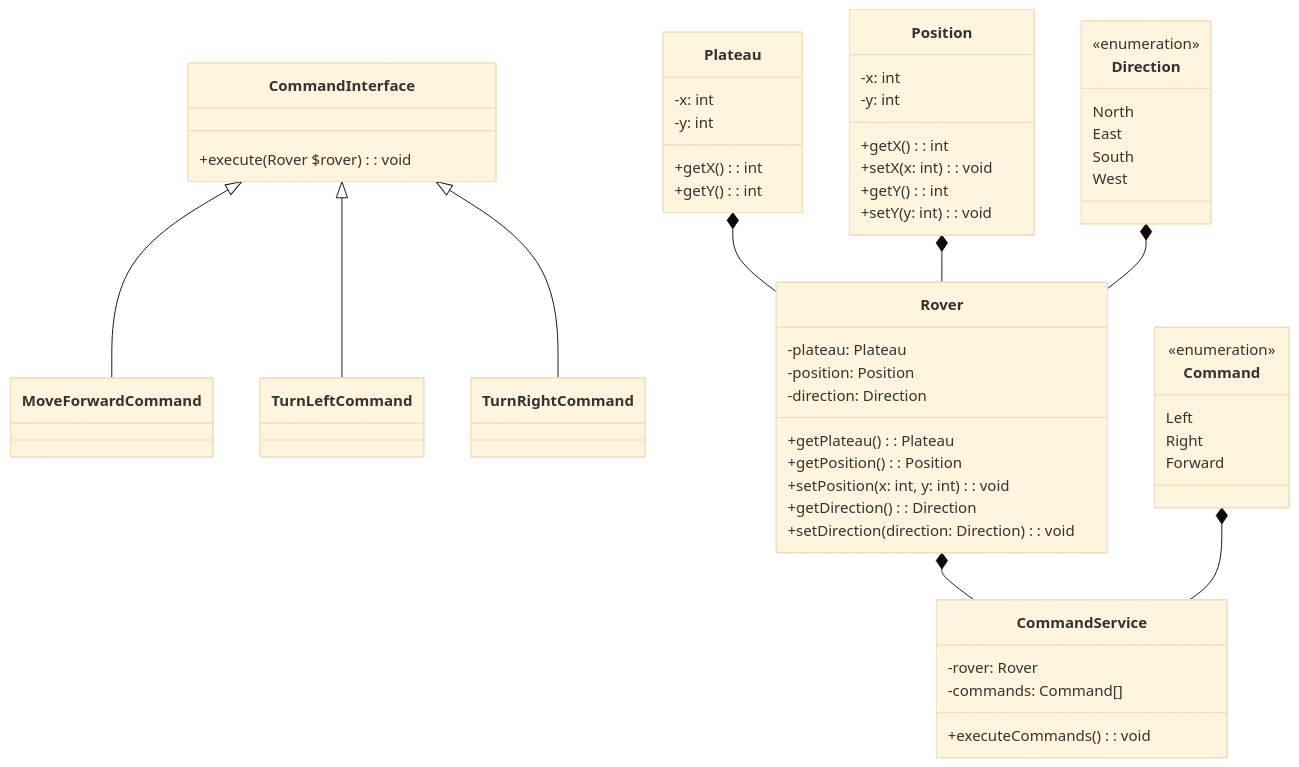
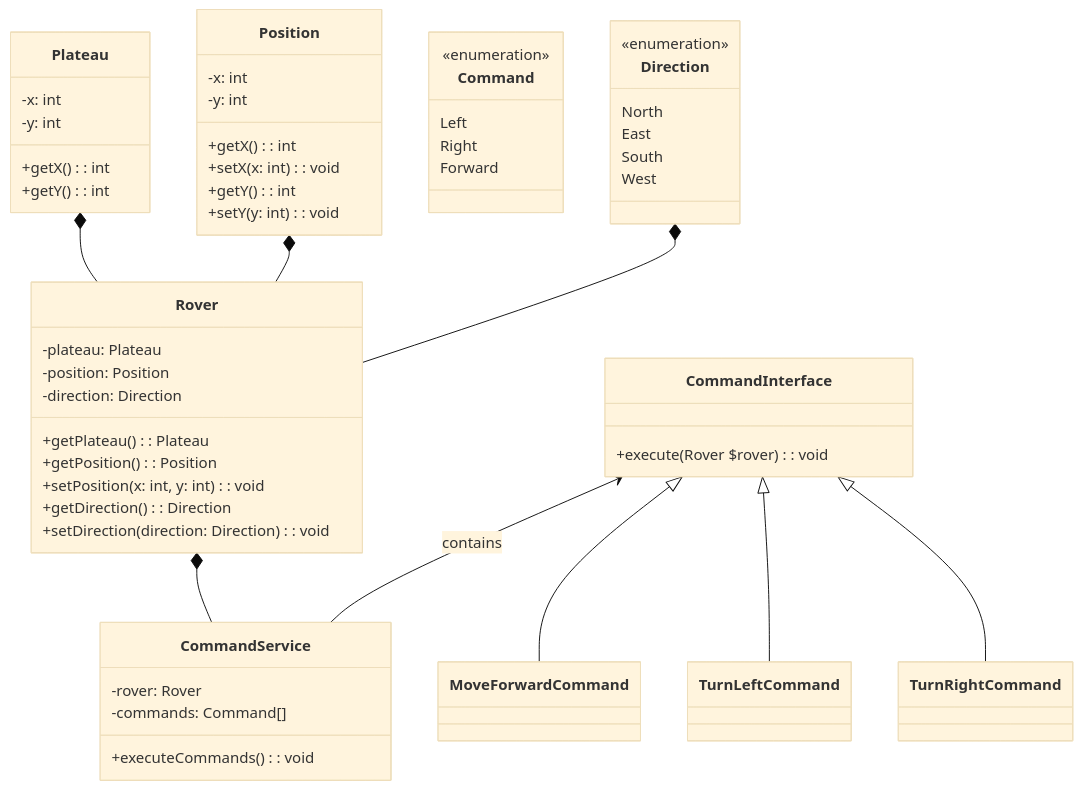
One commit to a-wagdy/mars-rover-challenge changed the diagram in README.md. Above: the diagram before and after it, drawn with Mermaid (base theme).

````diff
--- a/README.md
+++ b/README.md
@@ -3,63 +3,63 @@
 ```mermaid
 classDiagram
     class CommandInterface {
         +execute(Rover $rover): void
     }
     CommandInterface <|-- MoveForwardCommand
     CommandInterface <|-- TurnLeftCommand
     CommandInterface <|-- TurnRightCommand
 
     class Plateau {
         -x: int
         -y: int
         +getX(): int
         +getY(): int
     }
 
     class Position {
         -x: int
         -y: int
         +getX(): int
         +setX(x: int): void
         +getY(): int
         +setY(y: int): void
     }
 
     class Command {
         <<enumeration>>
         Left
         Right
         Forward
     }
 
     class Direction {
         <<enumeration>>
         North
         East
         South
         West
     }
 
     class Rover {
         -plateau: Plateau
         -position: Position
         -direction: Direction
         +getPlateau(): Plateau
         +getPosition(): Position
         +setPosition(x: int, y: int): void
         +getDirection(): Direction
         +setDirection(direction: Direction): void
     }
 
     class CommandService {
         -rover: Rover
         -commands: Command[]
         +executeCommands(): void
     }
 
     Rover *-- CommandService
-    Command *-- CommandService
     Plateau *-- Rover
     Position *-- Rover
     Direction *-- Rover
+    CommandInterface <-- CommandService : contains
 ```
````
